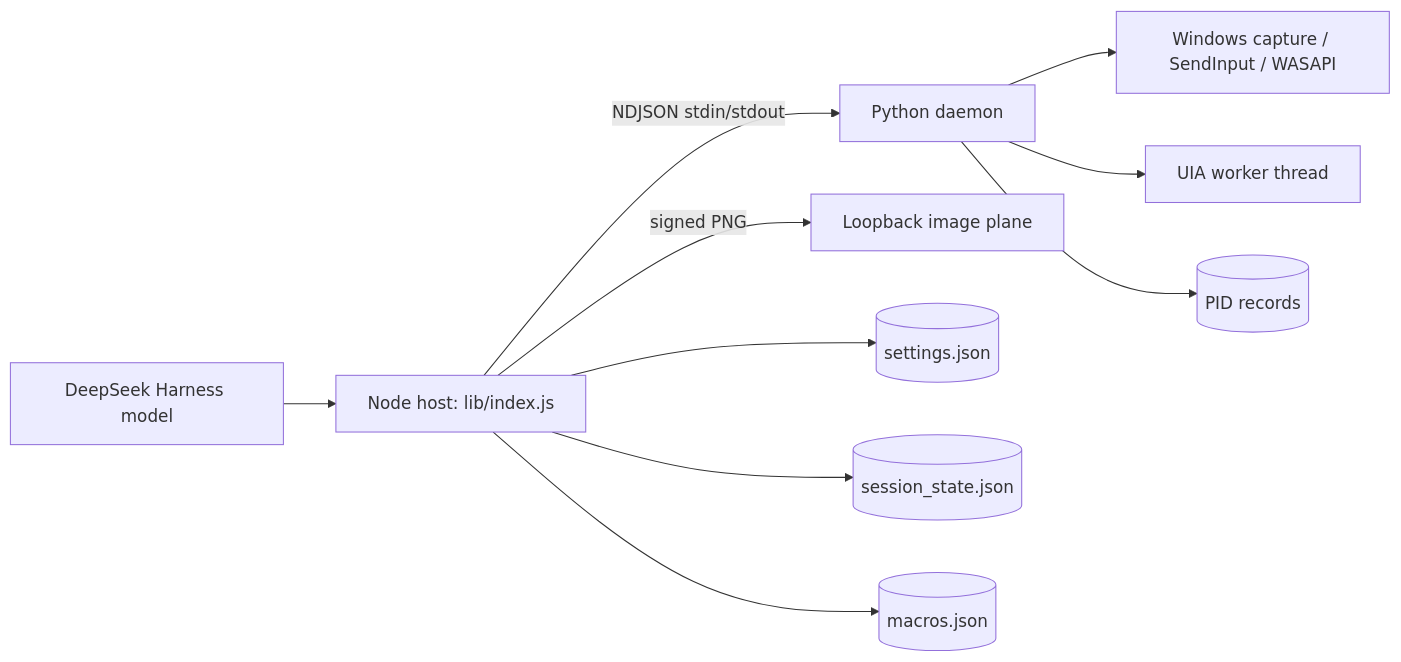
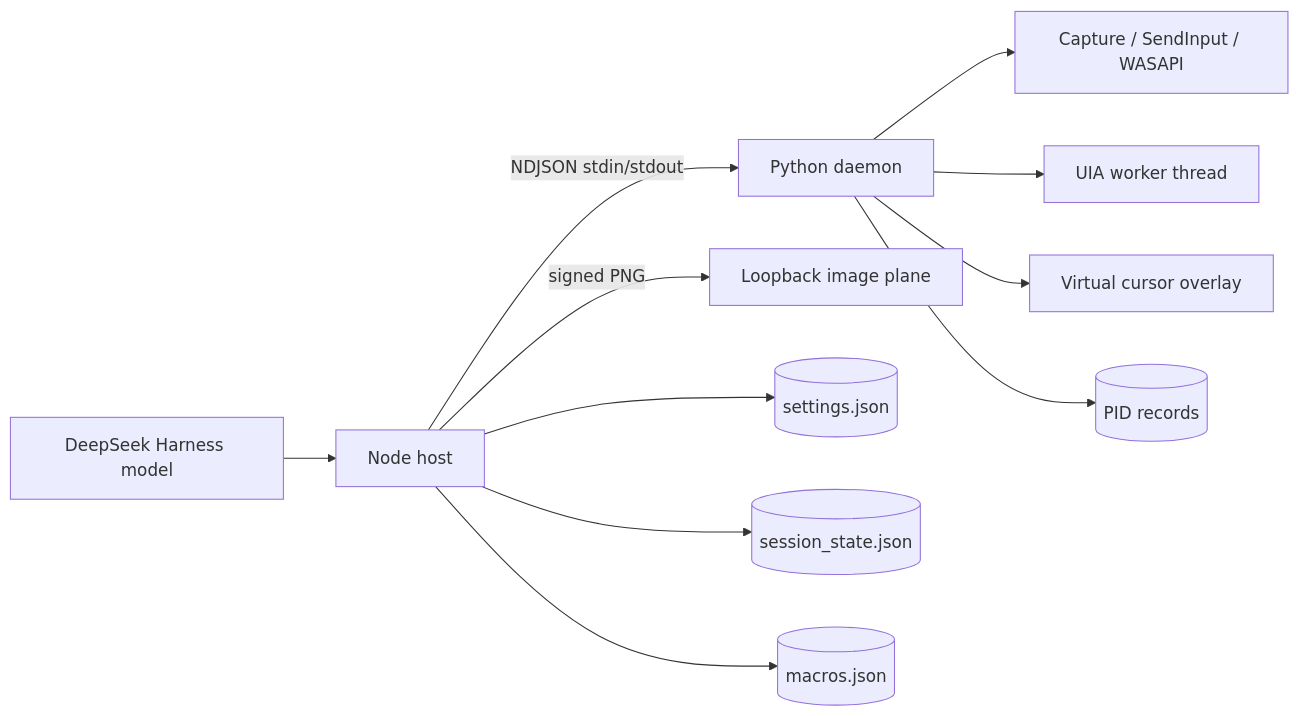
Before and after one commit to qiaozy-16/dsh-vhcu: the diagram in README.md, drawn with Mermaid. The commit also changed other lines of this file and 1 other file, not shown here.

````diff
--- a/README.md
+++ b/README.md
@@ -142,12 +68,13 @@
 ```mermaid
 flowchart LR
-    M[DeepSeek Harness model] --> N[Node host: lib/index.js]
+    M[DeepSeek Harness model] --> N[Node host]
     N -->|NDJSON stdin/stdout| P[Python daemon]
     N -->|signed PNG| F[Loopback image plane]
-    P --> C[Windows capture / SendInput / WASAPI]
+    P --> C[Capture / SendInput / WASAPI]
     P --> U[UIA worker thread]
+    P --> O[Virtual cursor overlay]
     N --> S[(settings.json)]
     N --> Q[(session_state.json)]
     N --> R[(macros.json)]
     P --> L[(PID records)]
 ```
````
